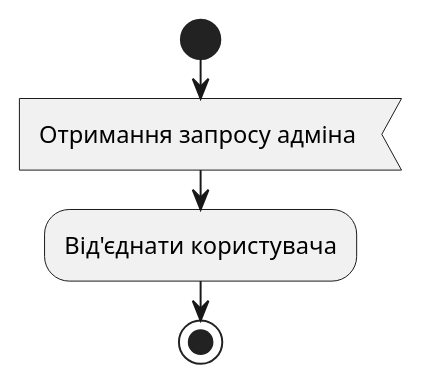
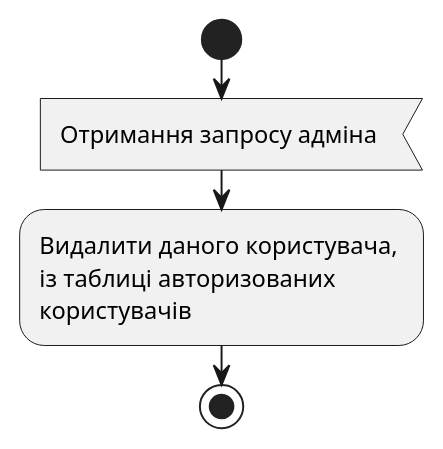
One commit to kzlk/PayrollEmployeeSystem changed the diagram in Labs/Lab#1/Project/UML/ServerSide/left_system.puml. Above: the diagram before and after it, drawn with PlantUML. The commit also changed 112 other files, not shown here.

```diff
--- a/Labs/Lab#1/Project/UML/ServerSide/left_system.puml
+++ b/Labs/Lab#1/Project/UML/ServerSide/left_system.puml
@@ -1,6 +1,7 @@
 @startuml
 start 
     :Отримання запросу адміна <
-    :Від'єднати користувача;
+    :Видалити даного користувача, \nіз таблиці авторизованих \nкористувачів;
+
 stop
 @enduml
```
